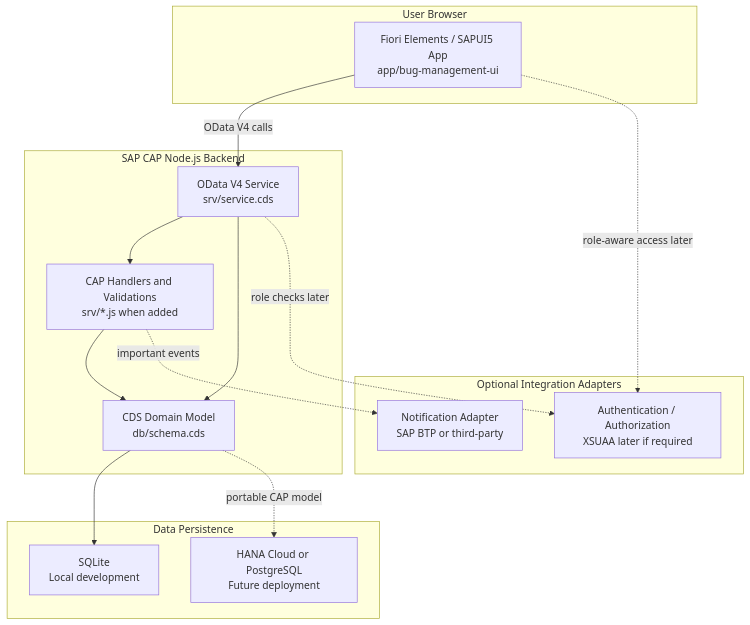
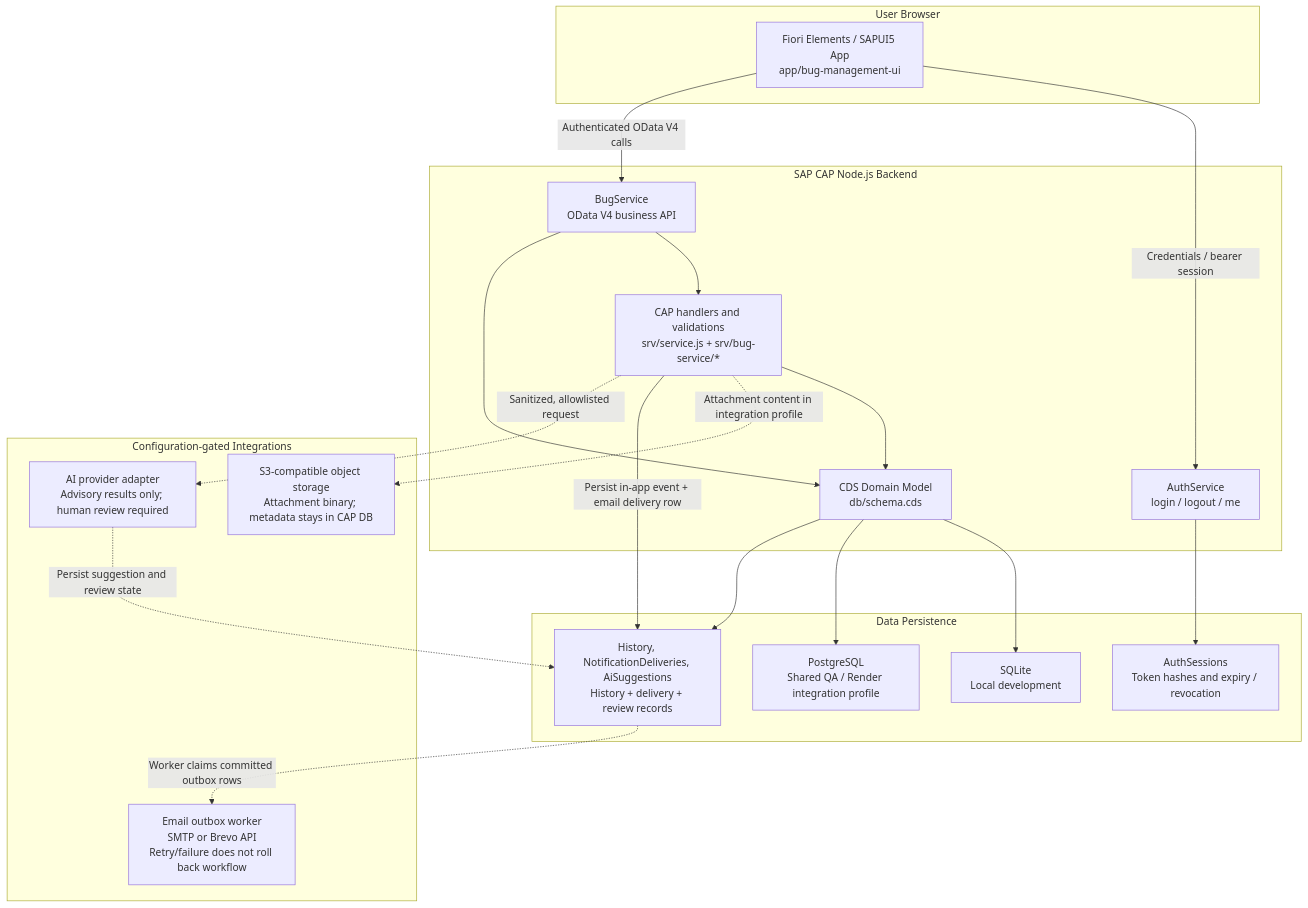
One commit to DarwinDO/IDTS-SAP01 changed the diagram in docs/diagrams/rendered/source/02-cap-fiori-architecture.mmd. Above: the diagram before and after it, drawn with Mermaid. The commit also changed 124 other files, not shown here.

```diff
--- a/docs/diagrams/rendered/source/02-cap-fiori-architecture.mmd
+++ b/docs/diagrams/rendered/source/02-cap-fiori-architecture.mmd
@@ -1,30 +1,39 @@
 flowchart TB
     subgraph Browser["User Browser"]
         FioriApp["Fiori Elements / SAPUI5 App\napp/bug-management-ui"]
     end
 
     subgraph CAP["SAP CAP Node.js Backend"]
-        OData["OData V4 Service\nsrv/service.cds"]
-        Handlers["CAP Handlers and Validations\nsrv/*.js when added"]
+        AuthService["AuthService\nlogin / logout / me"]
+        BugService["BugService\nOData V4 business API"]
+        Handlers["CAP handlers and validations\nsrv/service.js + srv/bug-service/*"]
         Model["CDS Domain Model\ndb/schema.cds"]
     end
 
     subgraph Data["Data Persistence"]
         SQLite["SQLite\nLocal development"]
-        DeployDB["HANA Cloud or PostgreSQL\nFuture deployment"]
+        PostgreSQL["PostgreSQL\nShared QA / Render integration profile"]
+        Sessions["AuthSessions\nToken hashes and expiry / revocation"]
+        Audit["History, NotificationDeliveries, AiSuggestions\nHistory + delivery + review records"]
     end
 
-    subgraph OptionalAdapters["Optional Integration Adapters"]
-        Notify["Notification Adapter\nSAP BTP or third-party"]
-        Auth["Authentication / Authorization\nXSUAA later if required"]
+    subgraph Integrations["Configuration-gated Integrations"]
+        ObjectStore["S3-compatible object storage\nAttachment binary; metadata stays in CAP DB"]
+        Email["Email outbox worker\nSMTP or Brevo API\nRetry/failure does not roll back workflow"]
+        AI["AI provider adapter\nAdvisory results only; human review required"]
     end
 
-    FioriApp -->|"OData V4 calls"| OData
-    OData --> Handlers
-    OData --> Model
+    FioriApp -->|"Credentials / bearer session"| AuthService
+    FioriApp -->|"Authenticated OData V4 calls"| BugService
+    AuthService --> Sessions
+    BugService --> Handlers
+    BugService --> Model
     Handlers --> Model
     Model --> SQLite
-    Model -. "portable CAP model" .-> DeployDB
-    Handlers -. "important events" .-> Notify
-    FioriApp -. "role-aware access later" .-> Auth
-    OData -. "role checks later" .-> Auth
+    Model --> PostgreSQL
+    Model --> Audit
+    Handlers -. "Attachment content in integration profile" .-> ObjectStore
+    Handlers -->|"Persist in-app event + email delivery row"| Audit
+    Audit -. "Worker claims committed outbox rows" .-> Email
+    Handlers -. "Sanitized, allowlisted request" .-> AI
+    AI -. "Persist suggestion and review state" .-> Audit
```
